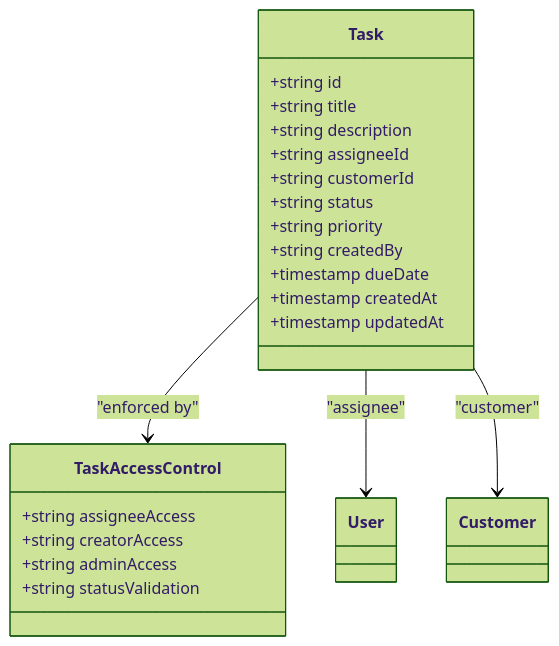
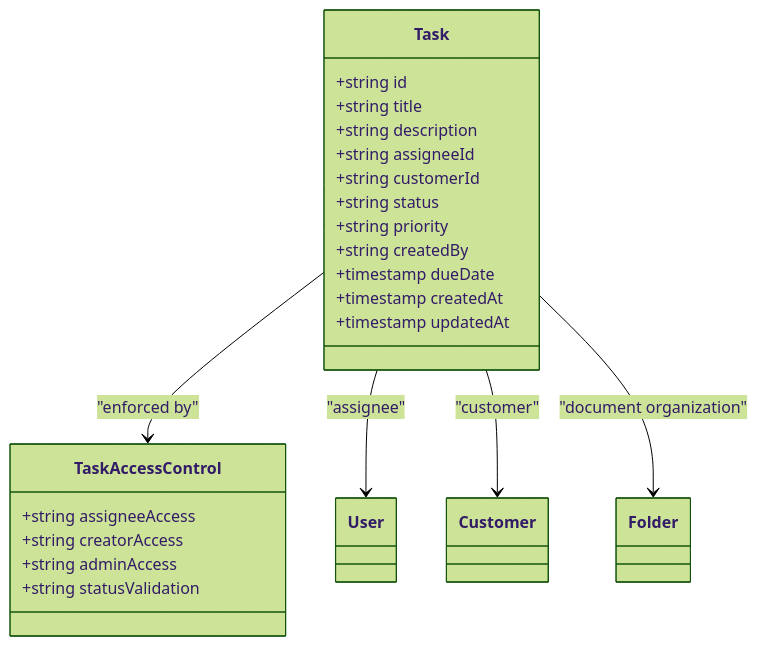
Before and after one commit to ngothanhtung/claude-code-shadcn-dashboard: the fifth of 11 diagrams in .qoder/repowiki/en/content/Database Schema.md, drawn with Mermaid (forest theme). The commit also changed other lines of this file and 112 other files, not shown here.

````diff
--- a/.qoder/repowiki/en/content/Database Schema.md
+++ b/.qoder/repowiki/en/content/Database Schema.md
@@ -227,25 +242,26 @@
 ```mermaid
 classDiagram
 class Task {
 +string id
 +string title
 +string description
 +string assigneeId
 +string customerId
 +string status
 +string priority
 +string createdBy
 +timestamp dueDate
 +timestamp createdAt
 +timestamp updatedAt
 }
 class TaskAccessControl {
 +string assigneeAccess
 +string creatorAccess
 +string adminAccess
 +string statusValidation
 }
 Task --> TaskAccessControl : "enforced by"
 Task --> User : "assignee"
 Task --> Customer : "customer"
+Task --> Folder : "document organization"
 ```
````
